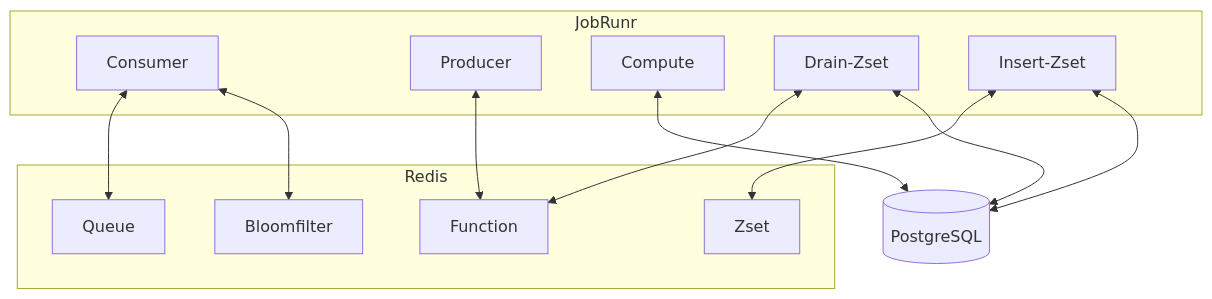
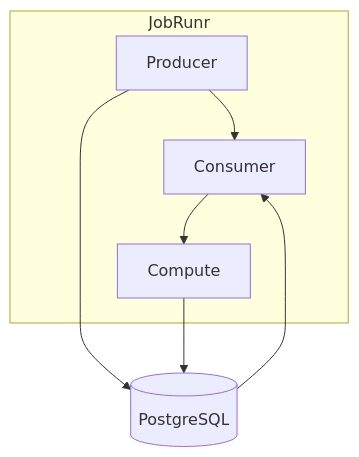
One commit to mangila/fibonacci changed the diagram in java/jobrunr/README.md. Above: the diagram before and after it, drawn with Mermaid. The commit also changed other lines of this file and 132 other files, not shown here.

````diff
--- a/java/jobrunr/README.md
+++ b/java/jobrunr/README.md
@@ -17,29 +14,16 @@
 ```mermaid
 graph TD
-    subgraph "Redis"
-        Queue
-        Zset
-        Bloomfilter
-        Function
-    end
-
     subgraph "JobRunr"
         Consumer
         Producer
         Compute
-        Drain-Zset
-        Insert-Zset
     end
 
     DB[(PostgreSQL)]
-    Producer <--> Function
-    Consumer <--> Queue
-    Consumer <--> Bloomfilter
-    Compute <--> DB
-    Drain-Zset <--> Function
-    Drain-Zset <--> DB
-    Insert-Zset <--> Zset
-    Insert-Zset <--> DB
-
+    Producer --> Consumer
+    Producer --> DB
+    DB --> Consumer
+    Consumer --> Compute
+    Compute --> DB
 
 ```
````
